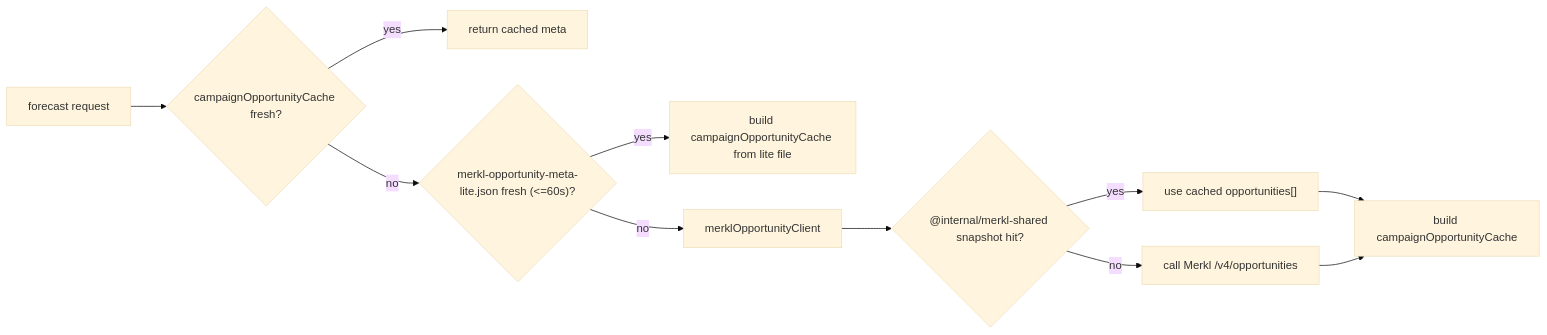
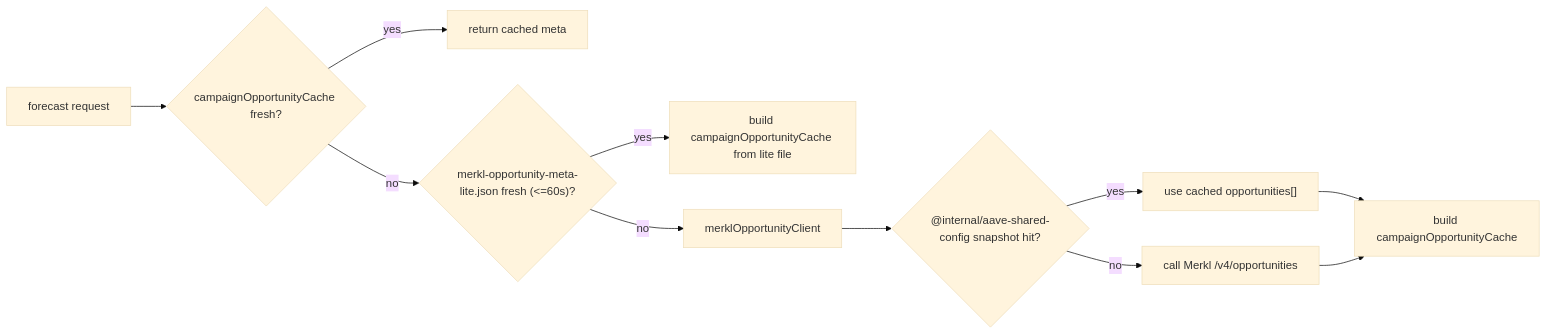
The fifth of 5 diagrams in docs/merkl-merit-cache-architecture.md (0xPabloLI/aave-protocol-analysis), drawn with Mermaid (base theme) before and after one commit. The commit also changed other lines of this file and 15 other files, not shown here.

Commit message:
refactor(rate-inputs): dynamic fallback and rename shared config package

````diff
--- a/docs/merkl-merit-cache-architecture.md
+++ b/docs/merkl-merit-cache-architecture.md
@@ -252,13 +252,13 @@
 ```mermaid
 flowchart LR
   A["forecast request"] --> B{"campaignOpportunityCache fresh?"}
   B -- yes --> Z["return cached meta"]
   B -- no --> C{"merkl-opportunity-meta-lite.json fresh (<=60s)?"}
   C -- yes --> D["build campaignOpportunityCache from lite file"]
   C -- no --> E["merklOpportunityClient"]
-  E --> F{"@internal/merkl-shared snapshot hit?"}
+  E --> F{"@internal/aave-shared-config snapshot hit?"}
   F -- yes --> G["use cached opportunities[]"]
   F -- no --> H["call Merkl /v4/opportunities"]
   G --> I["build campaignOpportunityCache"]
   H --> I
 ```
````
